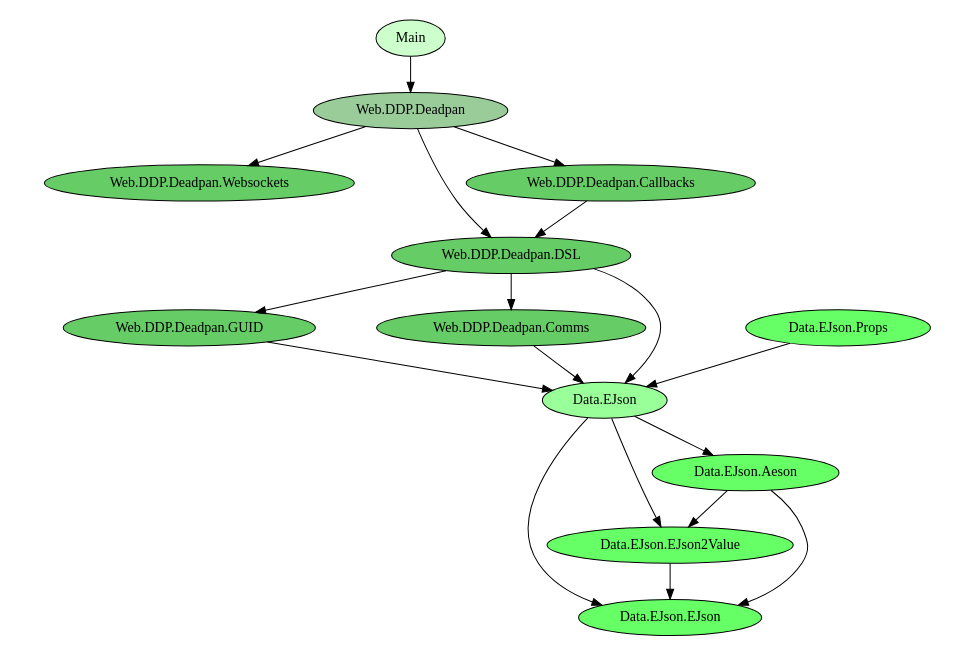
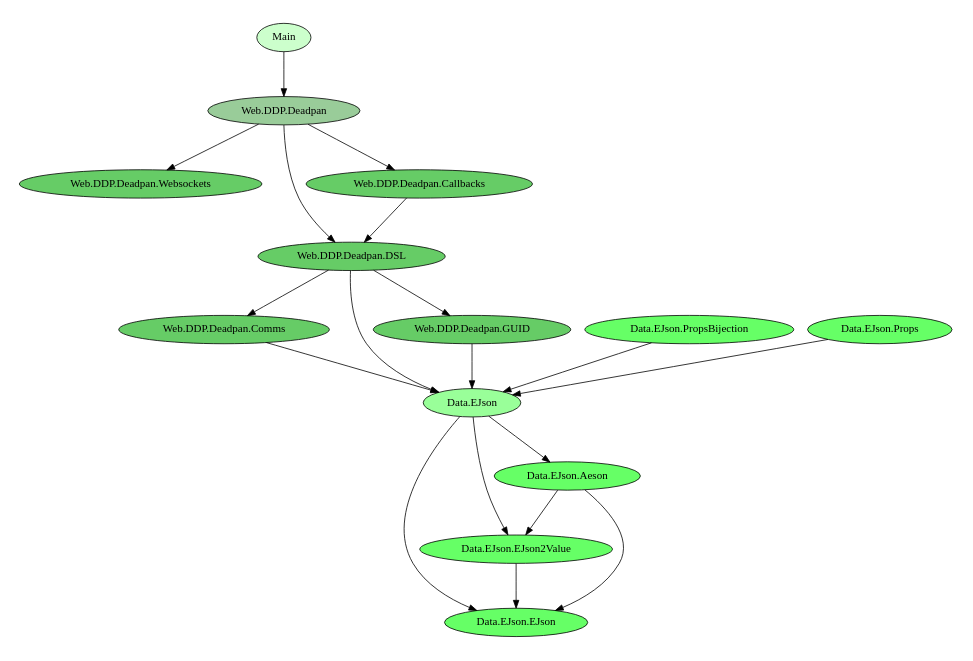
The diagram in doc/modulesnc.dot (sordina/Deadpan-DDP), drawn with Graphviz before and after one commit. The commit also changed 8 other files, not shown here.

```diff
--- a/doc/modulesnc.dot
+++ b/doc/modulesnc.dot
@@ -1,34 +1,36 @@
 digraph G {
 size="6,4";
 ratio="fill";
-u5[fillcolor="#ccffcc",style="filled",label="Main"];
-u4[fillcolor="#99ff99",style="filled",label="Data.EJson"];
+u6[fillcolor="#ccffcc",style="filled",label="Main"];
+u5[fillcolor="#99ff99",style="filled",label="Data.EJson"];
+u4[fillcolor="#66ff66",style="filled",label="Data.EJson.PropsBijection"];
 u3[fillcolor="#66ff66",style="filled",label="Data.EJson.Props"];
 u2[fillcolor="#66ff66",style="filled",label="Data.EJson.EJson2Value"];
 u1[fillcolor="#66ff66",style="filled",label="Data.EJson.EJson"];
 u0[fillcolor="#66ff66",style="filled",label="Data.EJson.Aeson"];
-u11[fillcolor="#99cc99",style="filled",label="Web.DDP.Deadpan"];
-u10[fillcolor="#66cc66",style="filled",label="Web.DDP.Deadpan.Websockets"];
-u9[fillcolor="#66cc66",style="filled",label="Web.DDP.Deadpan.GUID"];
-u8[fillcolor="#66cc66",style="filled",label="Web.DDP.Deadpan.DSL"];
-u7[fillcolor="#66cc66",style="filled",label="Web.DDP.Deadpan.Comms"];
-u6[fillcolor="#66cc66",style="filled",label="Web.DDP.Deadpan.Callbacks"];
+u12[fillcolor="#99cc99",style="filled",label="Web.DDP.Deadpan"];
+u11[fillcolor="#66cc66",style="filled",label="Web.DDP.Deadpan.Websockets"];
+u10[fillcolor="#66cc66",style="filled",label="Web.DDP.Deadpan.GUID"];
+u9[fillcolor="#66cc66",style="filled",label="Web.DDP.Deadpan.DSL"];
+u8[fillcolor="#66cc66",style="filled",label="Web.DDP.Deadpan.Comms"];
+u7[fillcolor="#66cc66",style="filled",label="Web.DDP.Deadpan.Callbacks"];
 u0 -> u1;
 u0 -> u2;
 u2 -> u1;
-u3 -> u4;
-u4 -> u0;
-u4 -> u1;
-u4 -> u2;
-u5 -> u11;
-u6 -> u8;
-u7 -> u4;
-u8 -> u4;
-u8 -> u7;
-u8 -> u9;
-u9 -> u4;
-u11 -> u6;
-u11 -> u8;
-u11 -> u10;
+u3 -> u5;
+u4 -> u5;
+u5 -> u0;
+u5 -> u1;
+u5 -> u2;
+u6 -> u12;
+u7 -> u9;
+u8 -> u5;
+u9 -> u5;
+u9 -> u8;
+u9 -> u10;
+u10 -> u5;
+u12 -> u7;
+u12 -> u9;
+u12 -> u11;
 
 }
```
